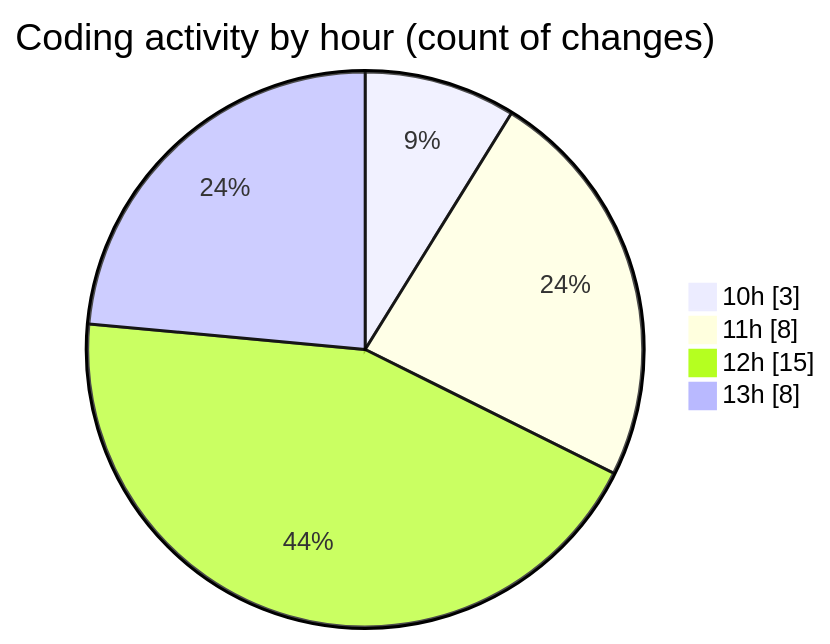
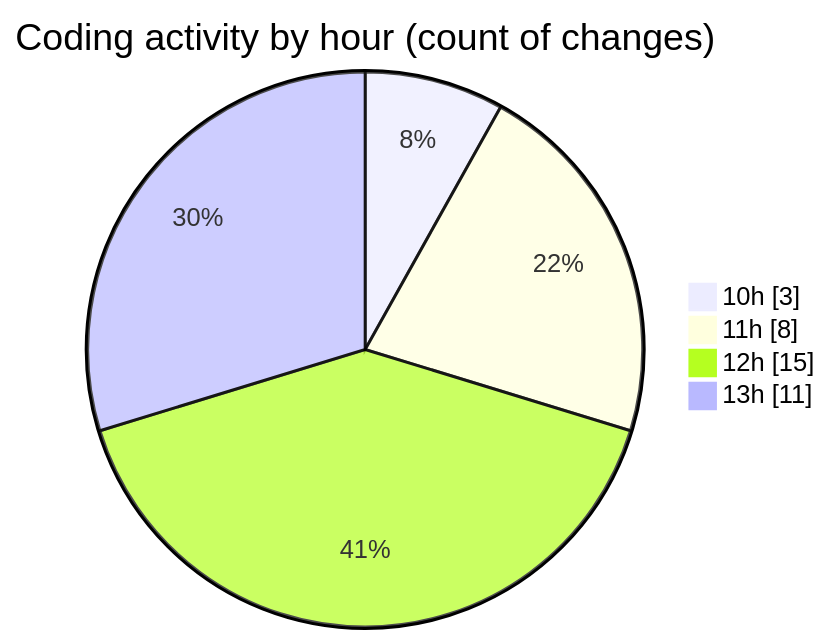
One commit to nxtqubesakshisongat/code-tracking changed the second of 2 diagrams in 2025-10-15/nxtqube_webapp/README.md. Above: the diagram before and after it, drawn with Mermaid. The commit also changed other lines of this file and 1 other file, not shown here.

````diff
--- a/2025-10-15/nxtqube_webapp/README.md
+++ b/2025-10-15/nxtqube_webapp/README.md
@@ -28,8 +28,8 @@
 ```mermaid
 pie showData
 title Coding activity by hour (count of changes)
 "10h" : 3
 "11h" : 8
 "12h" : 15
-"13h" : 8
+"13h" : 11
 ```
````
